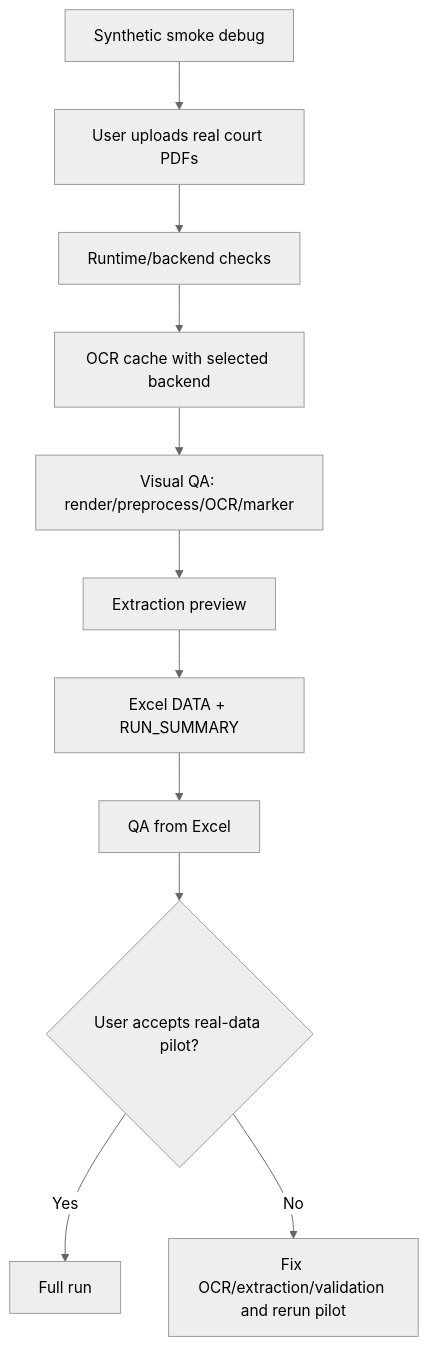
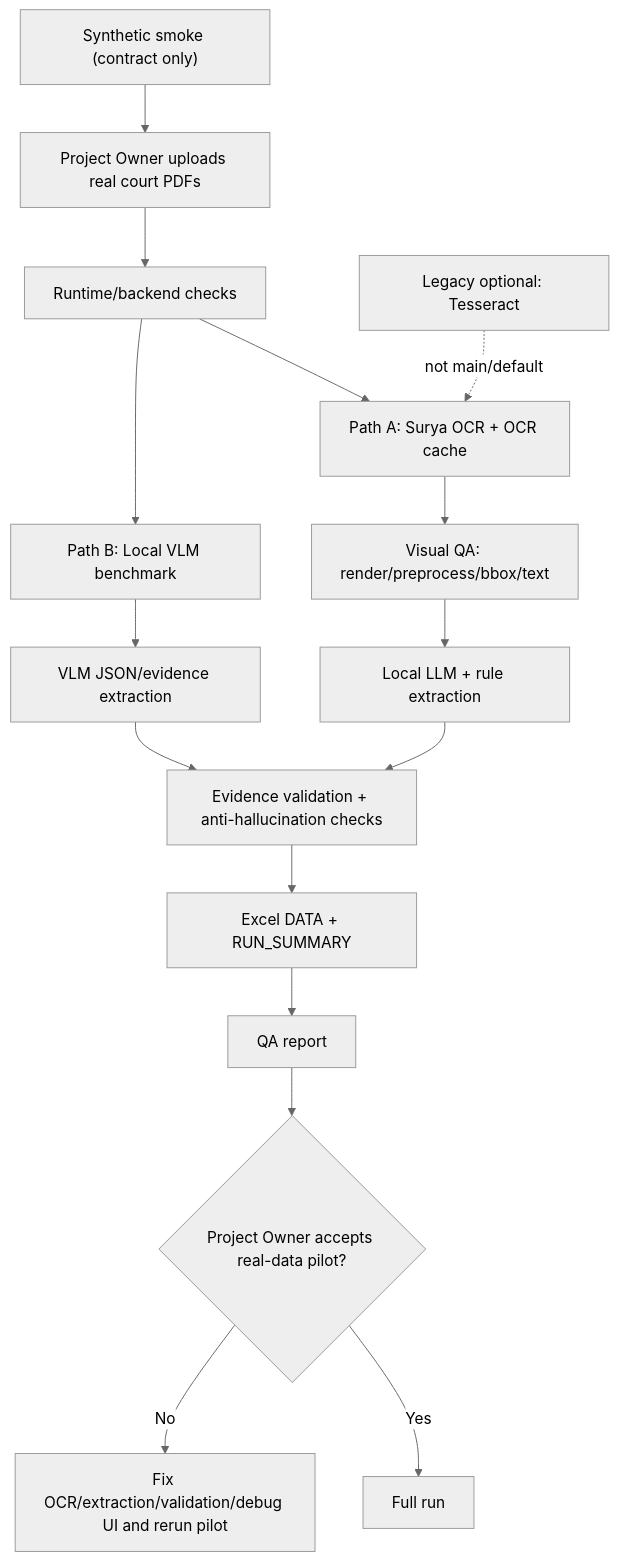
The diagram in docs/workflow.md (minhnguyen19113-bot/court-ocr-extract), drawn with Mermaid (neutral theme) before and after one commit. The commit also changed other lines of this file and 32 other files, not shown here.

````diff
--- a/docs/workflow.md
+++ b/docs/workflow.md
@@ -3,13 +3,18 @@
 ```mermaid
 flowchart TD
-    S["Synthetic smoke debug"] --> A["User uploads real court PDFs"]
+    S["Synthetic smoke (contract only)"] --> A["Project Owner uploads real court PDFs"]
     A --> B["Runtime/backend checks"]
-    B --> C["OCR cache with selected backend"]
-    C --> D["Visual QA: render/preprocess/OCR/marker"]
-    D --> E["Extraction preview"]
-    E --> F["Excel DATA + RUN_SUMMARY"]
-    F --> G["QA from Excel"]
-    G --> H{"User accepts real-data pilot?"}
-    H -->|Yes| I["Full run"]
-    H -->|No| J["Fix OCR/extraction/validation and rerun pilot"]
+    B --> C1["Path A: Surya OCR + OCR cache"]
+    B --> C2["Path B: Local VLM benchmark"]
+    C1 --> D1["Visual QA: render/preprocess/bbox/text"]
+    D1 --> E1["Local LLM + rule extraction"]
+    C2 --> E2["VLM JSON/evidence extraction"]
+    E1 --> F["Evidence validation + anti-hallucination checks"]
+    E2 --> F
+    F --> G["Excel DATA + RUN_SUMMARY"]
+    G --> H["QA report"]
+    H --> I{"Project Owner accepts real-data pilot?"}
+    I -->|Yes| J["Full run"]
+    I -->|No| K["Fix OCR/extraction/validation/debug UI and rerun pilot"]
+    L["Legacy optional: Tesseract"] -. "not main/default" .-> C1
 ```
````
